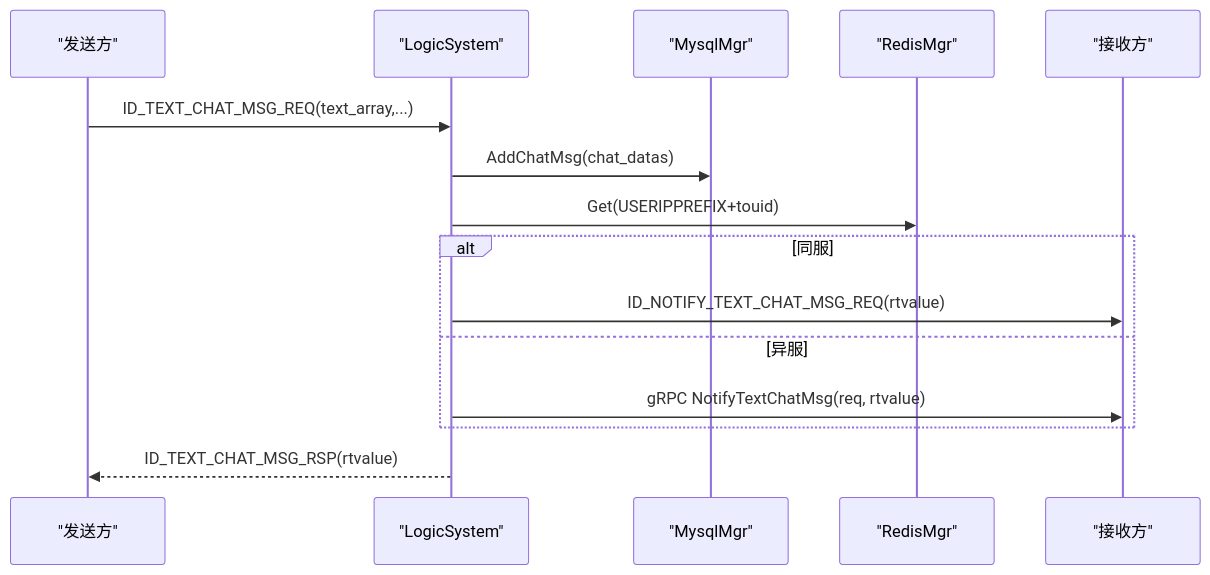
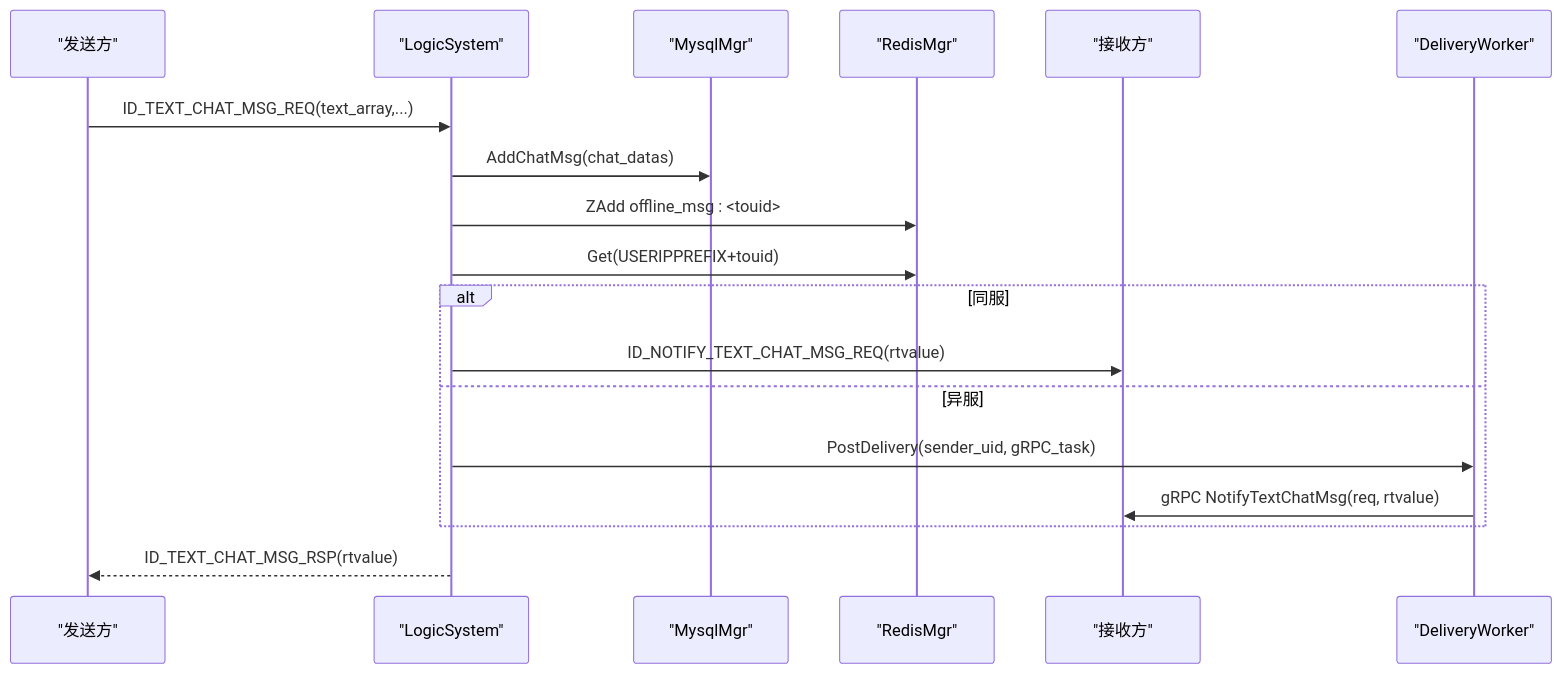
The tenth of 13 diagrams in .qoder/repowiki/zh/content/架构设计/微服务架构设计/ChatServer聊天核心服务/聊天逻辑系统.md (echo9923/mychatter), drawn with Mermaid before and after one commit. The commit also changed other lines of this file and 54 other files, not shown here.

````diff
--- a/.qoder/repowiki/zh/content/架构设计/微服务架构设计/ChatServer聊天核心服务/聊天逻辑系统.md
+++ b/.qoder/repowiki/zh/content/架构设计/微服务架构设计/ChatServer聊天核心服务/聊天逻辑系统.md
@@ -347,17 +478,20 @@
 ```mermaid
 sequenceDiagram
 participant Sender as "发送方"
 participant LS as "LogicSystem"
 participant DB as "MysqlMgr"
 participant RM as "RedisMgr"
 participant Receiver as "接收方"
+participant DeliveryWorker as "DeliveryWorker"
 Sender->>LS : ID_TEXT_CHAT_MSG_REQ(text_array,...)
 LS->>DB : AddChatMsg(chat_datas)
+LS->>RM : ZAdd offline_msg : <touid>
 LS->>RM : Get(USERIPPREFIX+touid)
 alt 同服
 LS->>Receiver : ID_NOTIFY_TEXT_CHAT_MSG_REQ(rtvalue)
 else 异服
-LS->>Receiver : gRPC NotifyTextChatMsg(req, rtvalue)
+LS->>DeliveryWorker : PostDelivery(sender_uid, gRPC_task)
+DeliveryWorker->>Receiver : gRPC NotifyTextChatMsg(req, rtvalue)
 end
 LS-->>Sender : ID_TEXT_CHAT_MSG_RSP(rtvalue)
 ```
````
